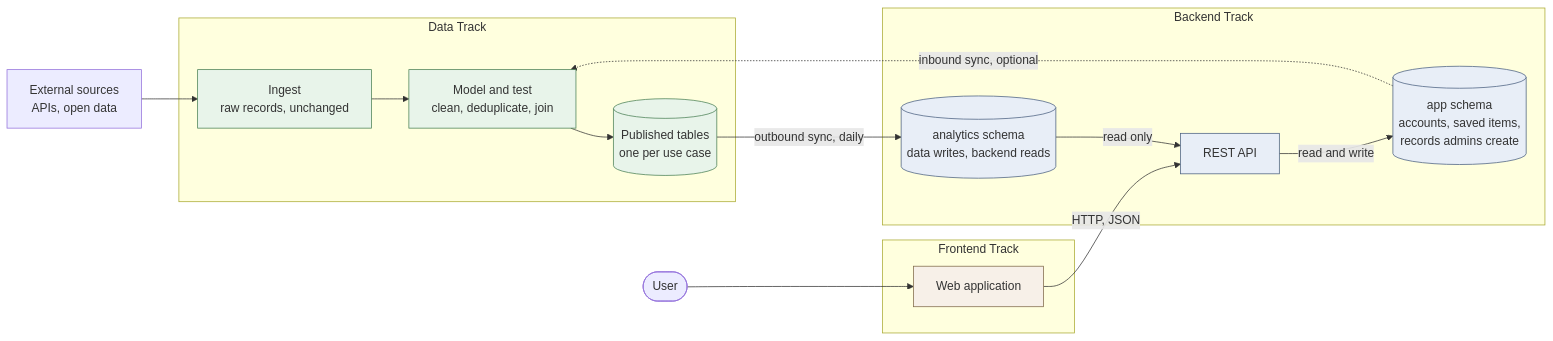
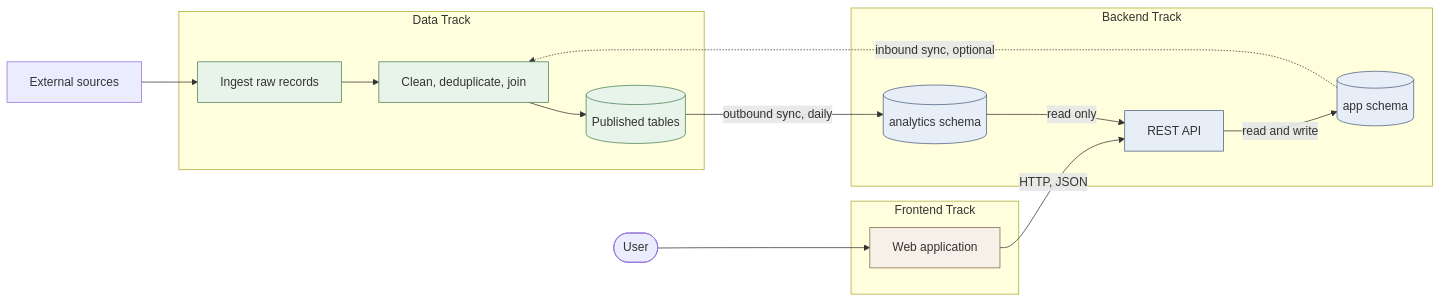
The diagram in README.md (HackYourFuture/final-project-template), drawn with Mermaid before and after one commit. The commit also changed other lines of this file and 1 other file, not shown here.

Commit message:
docs: single-line diagram labels, and show the optional dbt Python model

````diff
--- a/README.md
+++ b/README.md
@@ -67,35 +67,35 @@
 ```mermaid
 flowchart LR
-    EXT["External sources<br/>APIs, open data"]
+    EXT["External sources"]
 
     subgraph de["Data Track"]
-        ING["Ingest<br/>raw records, unchanged"]
-        MODEL["Model and test<br/>clean, deduplicate, join"]
-        MART[("Published tables<br/>one per use case")]
+        ING["Ingest raw records"]
+        MODEL["Clean, deduplicate, join"]
+        MART[("Published tables")]
     end
 
     subgraph be["Backend Track"]
-        ANA[("analytics schema<br/>data writes, backend reads")]
+        ANA[("analytics schema")]
         API["REST API"]
-        APP[("app schema<br/>accounts, saved items,<br/>records admins create")]
+        APP[("app schema")]
     end
 
     subgraph fe["Frontend Track"]
         UI["Web application"]
     end
 
     EXT --> ING --> MODEL --> MART
     MART -->|"outbound sync, daily"| ANA
     ANA -->|"read only"| API
     API -->|"read and write"| APP
     UI -->|"HTTP, JSON"| API
     User([User]) --> UI
     APP -.->|"inbound sync, optional"| MODEL
 
     classDef d fill:#e8f4ea,stroke:#4a8055
     classDef b fill:#e8eef7,stroke:#4a6080
     classDef f fill:#f7f0e8,stroke:#806a4a
     class ING,MODEL,MART d
     class ANA,APP,API b
     class UI f
 ```
````
